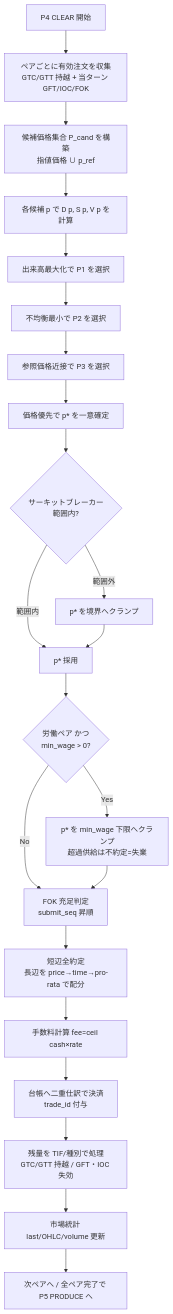
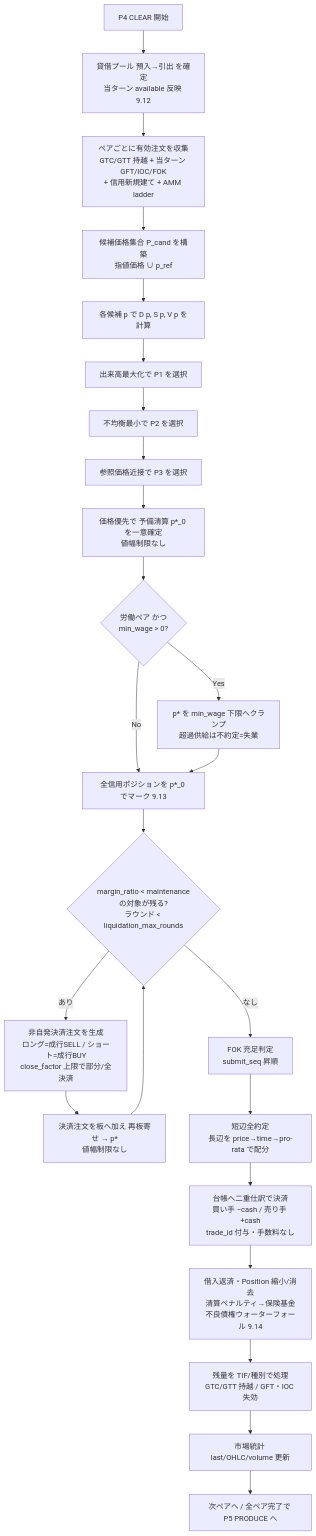
One commit to h4ribote/FinBox changed the fifth of 7 diagrams in doc/09-markets-and-trading.md. Above: the diagram before and after it, drawn with Mermaid. The commit also changed other lines of this file and 28 other files, not shown here.

````diff
--- a/doc/09-markets-and-trading.md
+++ b/doc/09-markets-and-trading.md
@@ -401,25 +431,27 @@
 ```mermaid
 flowchart TD
-  A[P4 CLEAR 開始] --> B[ペアごとに有効注文を収集<br/>GTC/GTT 持越 + 当ターン GFT/IOC/FOK]
+  A[P4 CLEAR 開始] --> A1[貸借プール 預入→引出 を確定<br/>当ターン available 反映 9.12]
+  A1 --> B[ペアごとに有効注文を収集<br/>GTC/GTT 持越 + 当ターン GFT/IOC/FOK<br/>+ 信用新規建て + AMM ladder]
   B --> C[候補価格集合 P_cand を構築<br/>指値価格 ∪ p_ref]
   C --> D[各候補 p で D p, S p, V p を計算]
   D --> E[出来高最大化で P1 を選択]
   E --> F[不均衡最小で P2 を選択]
   F --> G[参照価格近接で P3 を選択]
-  G --> H[価格優先で p* を一意確定]
-  H --> I{サーキットブレーカー<br/>範囲内?}
-  I -- 範囲外 --> J[p* を境界へクランプ]
-  I -- 範囲内 --> K[p* 採用]
-  J --> K
-  K --> W{労働ペア かつ<br/>min_wage > 0?}
+  G --> H[価格優先で 予備清算 p*_0 を一意確定<br/>値幅制限なし]
+  H --> W{労働ペア かつ<br/>min_wage > 0?}
   W -- Yes --> X[p* を min_wage 下限へクランプ<br/>超過供給は不約定=失業]
-  W -- No --> L
-  X --> L
-  L[FOK 充足判定<br/>submit_seq 昇順]
+  W -- No --> Y
+  X --> Y
+  Y[全信用ポジションを p*_0 でマーク 9.13]
+  Y --> Z1{margin_ratio < maintenance<br/>の対象が残る?<br/>ラウンド < liquidation_max_rounds}
+  Z1 -- あり --> Z2[非自発決済注文を生成<br/>ロング=成行SELL / ショート=成行BUY<br/>close_factor 上限で部分/全決済]
+  Z2 --> Z3[決済注文を板へ加え 再板寄せ → p*<br/>値幅制限なし]
+  Z3 --> Z1
+  Z1 -- なし --> L[FOK 充足判定<br/>submit_seq 昇順]
   L --> M[短辺全約定<br/>長辺を price→time→pro-rata で配分]
-  M --> N[手数料計算 fee=ceil cash×rate]
-  N --> O[台帳へ二重仕訳で決済<br/>trade_id 付与]
-  O --> P[残量を TIF/種別で処理<br/>GTC/GTT 持越 / GFT・IOC 失効]
+  M --> O[台帳へ二重仕訳で決済<br/>買い手 −cash / 売り手 +cash<br/>trade_id 付与・手数料なし]
+  O --> O2[借入返済・Position 縮小/消去<br/>清算ペナルティ→保険基金<br/>不良債権ウォーターフォール 9.14]
+  O2 --> P[残量を TIF/種別で処理<br/>GTC/GTT 持越 / GFT・IOC 失効]
   P --> Q[市場統計 last/OHLC/volume 更新]
   Q --> R[次ペアへ / 全ペア完了で P5 PRODUCE へ]
 ```
````
